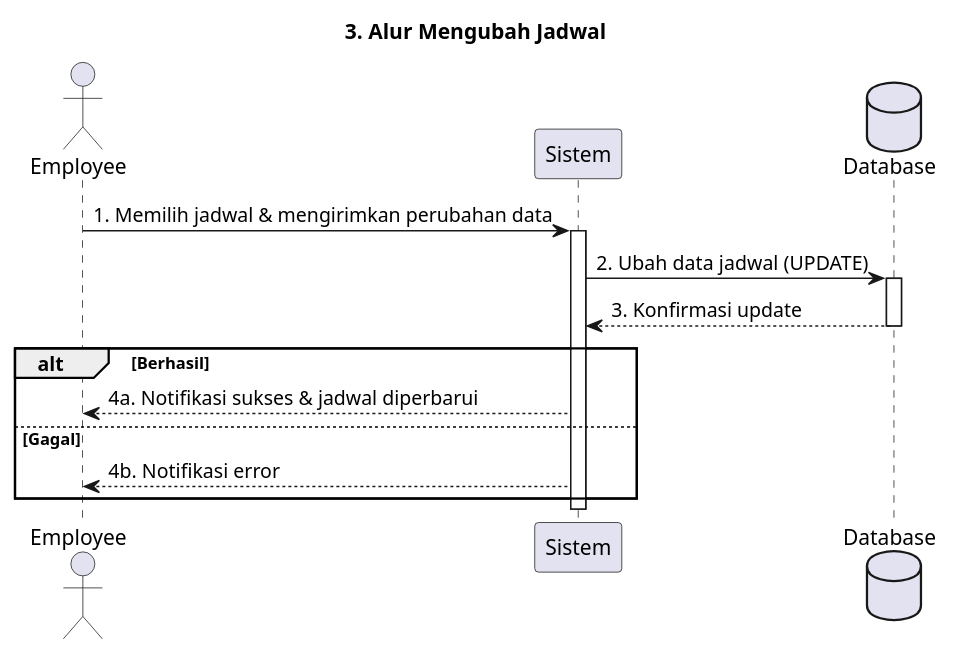
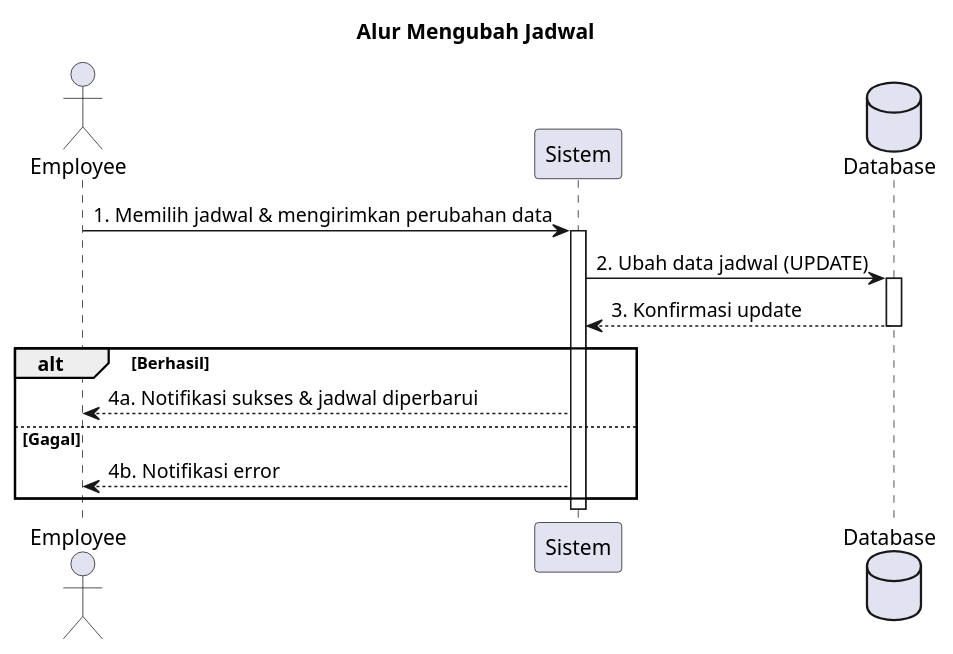
The diagram in JurnalAPPL/SequenceDiagram/Employee/KelolaJadwal/MengubahJadwal.puml (myasirnovals/Appl), drawn with PlantUML before and after one commit. The commit also changed 6 other files, not shown here.

```diff
--- a/JurnalAPPL/SequenceDiagram/Employee/KelolaJadwal/MengubahJadwal.puml
+++ b/JurnalAPPL/SequenceDiagram/Employee/KelolaJadwal/MengubahJadwal.puml
@@ -1,22 +1,22 @@
 @startuml
 actor Employee
 participant "Sistem" as System
 database "Database" as DB
 
-title 3. Alur Mengubah Jadwal
+title Alur Mengubah Jadwal
 
 Employee -> System : 1. Memilih jadwal & mengirimkan perubahan data
 activate System
 System -> DB : 2. Ubah data jadwal (UPDATE)
 activate DB
 DB --> System : 3. Konfirmasi update
 deactivate DB
 
 alt Berhasil
     System --> Employee : 4a. Notifikasi sukses & jadwal diperbarui
 else Gagal
     System --> Employee : 4b. Notifikasi error
 end
 
 deactivate System
 @enduml
```
